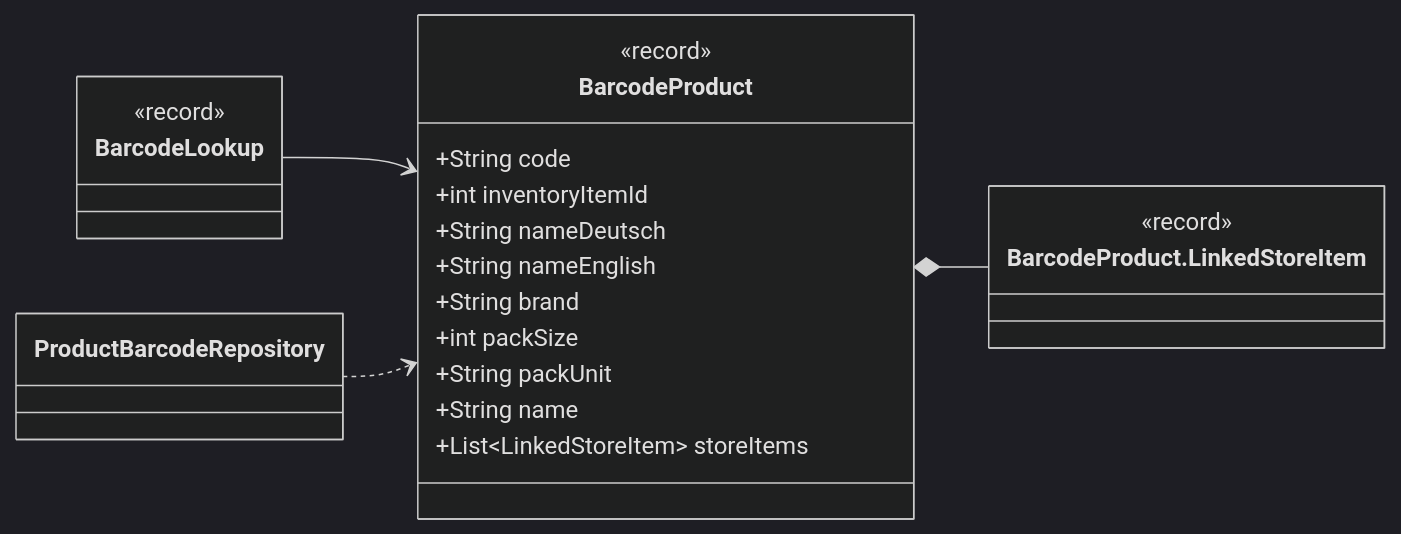
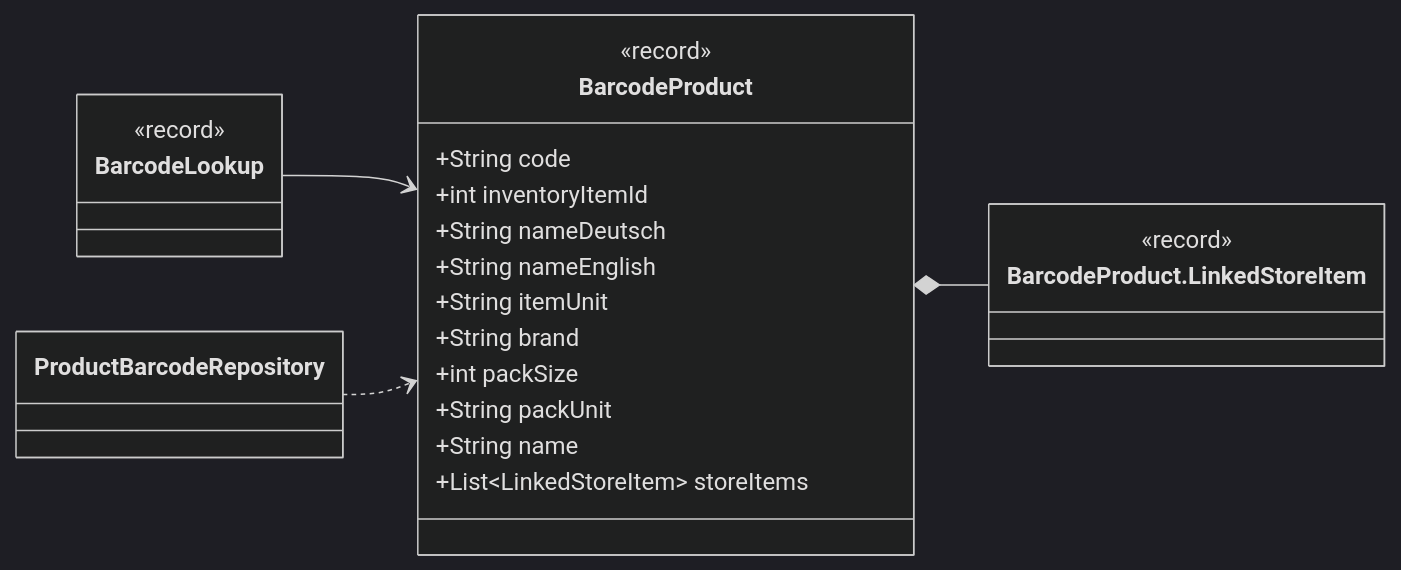
Before and after one commit to Nate-ryan-7690/dahaem: the third of 17 diagrams in docs/classes/barcode.md, drawn with Mermaid (dark theme). The commit also changed other lines of this file and 6 other files, not shown here.

````diff
--- a/docs/classes/barcode.md
+++ b/docs/classes/barcode.md
@@ -119,26 +135,27 @@
 ```mermaid
 classDiagram
     direction LR
     class barcode_BarcodeProduct["BarcodeProduct"] {
         <<record>>
         +String code
         +int inventoryItemId
         +String nameDeutsch
         +String nameEnglish
+        +String itemUnit
         +String brand
         +int packSize
         +String packUnit
         +String name
         +List~LinkedStoreItem~ storeItems
     }
     class barcode_BarcodeProduct_LinkedStoreItem["BarcodeProduct.LinkedStoreItem"] {
         <<record>>
     }
     class barcode_BarcodeLookup["BarcodeLookup"] {
         <<record>>
     }
     class barcode_ProductBarcodeRepository["ProductBarcodeRepository"]
     barcode_BarcodeProduct *-- barcode_BarcodeProduct_LinkedStoreItem
     barcode_BarcodeLookup --> barcode_BarcodeProduct
     barcode_ProductBarcodeRepository ..> barcode_BarcodeProduct
 ```
````
